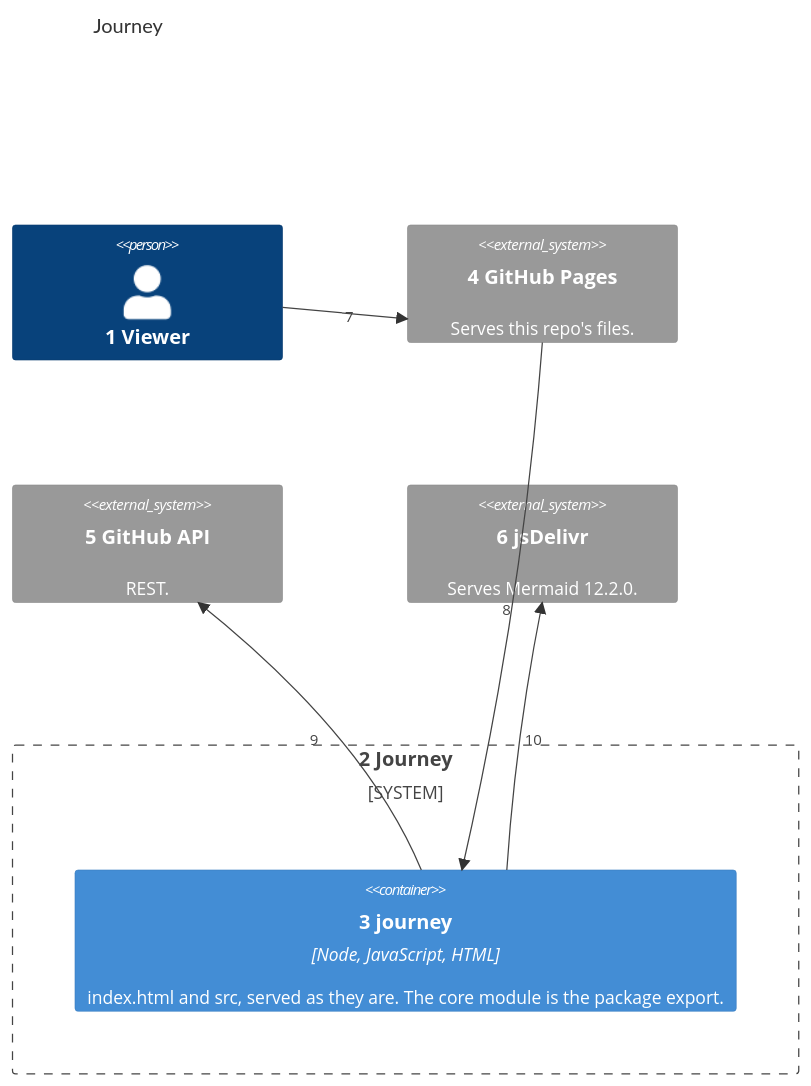
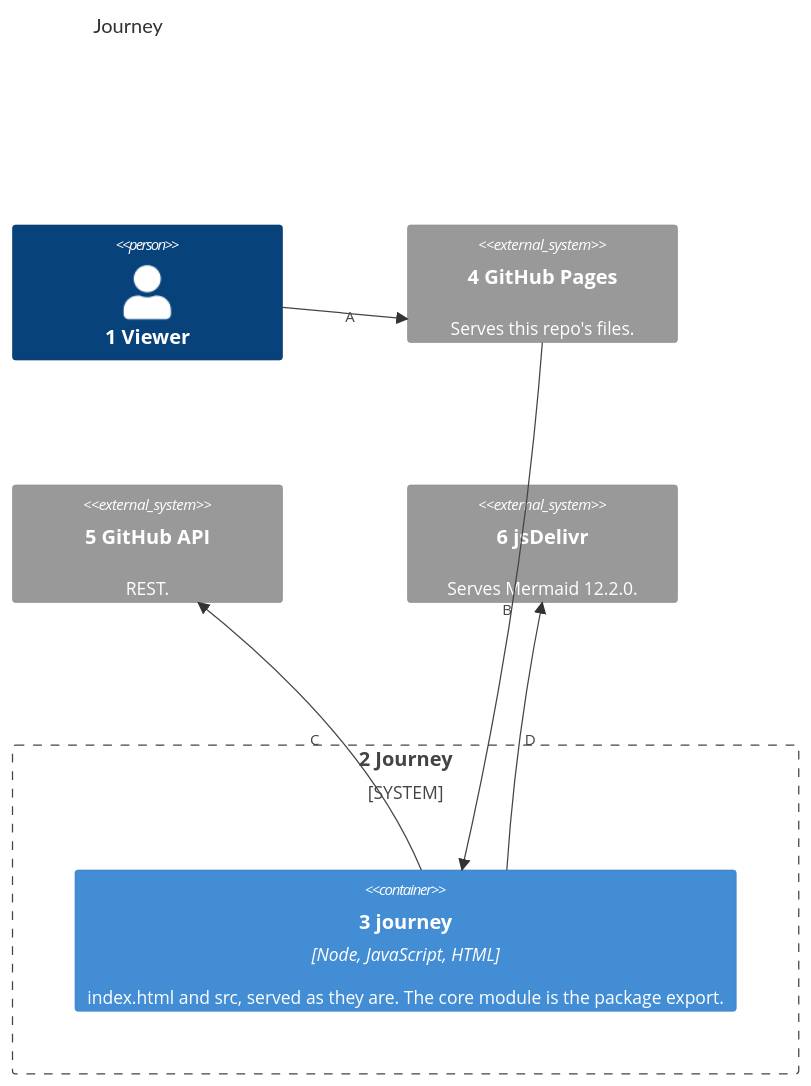
Before and after one commit to may-journal/journey: the first of 2 diagrams in docs/architecture/02-containers.md, drawn with Mermaid. The commit also changed other lines of this file and 4 other files, not shown here.

First line of the commit message:
docs(architecture): connector callouts are letters (#15)

````diff
--- a/docs/architecture/02-containers.md
+++ b/docs/architecture/02-containers.md
@@ -7,19 +7,19 @@
 ```mermaid
 C4Container
     title Journey
 
     Person(viewer, "1 Viewer")
 
     System_Boundary(journey, "2 Journey") {
         Container(page, "3 journey", "Node, JavaScript, HTML", "index.html and src, served as they are. The core module is the package export.")
     }
 
     System_Ext(pages, "4 GitHub Pages", "Serves this repo's files.")
     System_Ext(github, "5 GitHub API", "REST.")
     System_Ext(cdn, "6 jsDelivr", "Serves Mermaid 12.2.0.")
 
-    Rel(viewer, pages, "7")
-    Rel(pages, page, "8")
-    Rel(page, github, "9")
-    Rel(page, cdn, "10")
+    Rel(viewer, pages, "A")
+    Rel(pages, page, "B")
+    Rel(page, github, "C")
+    Rel(page, cdn, "D")
 ```
````
